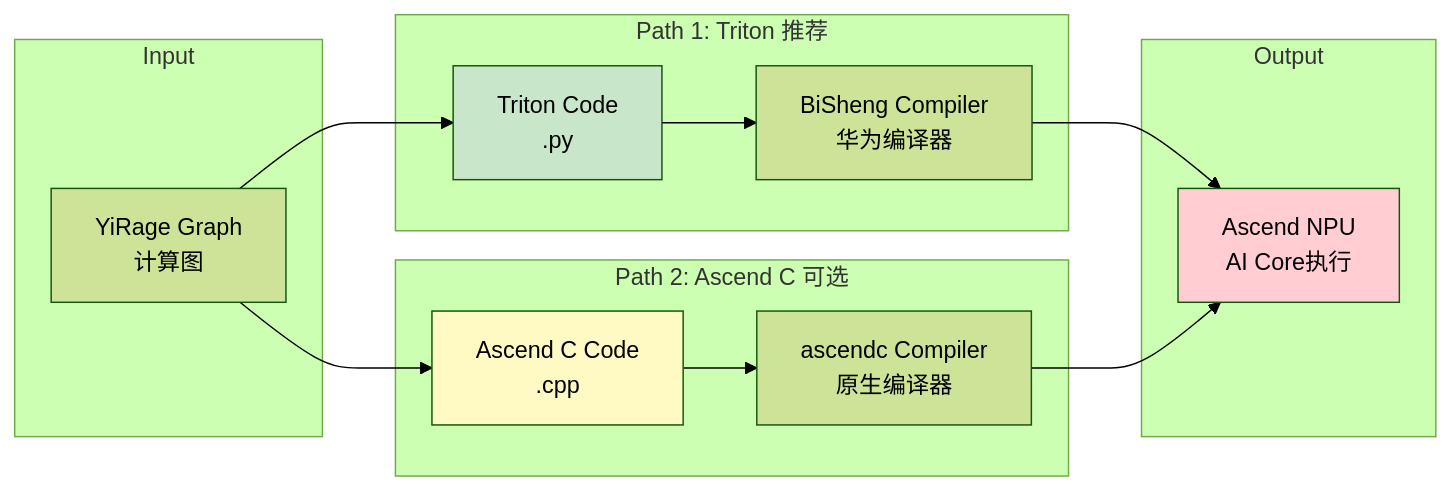
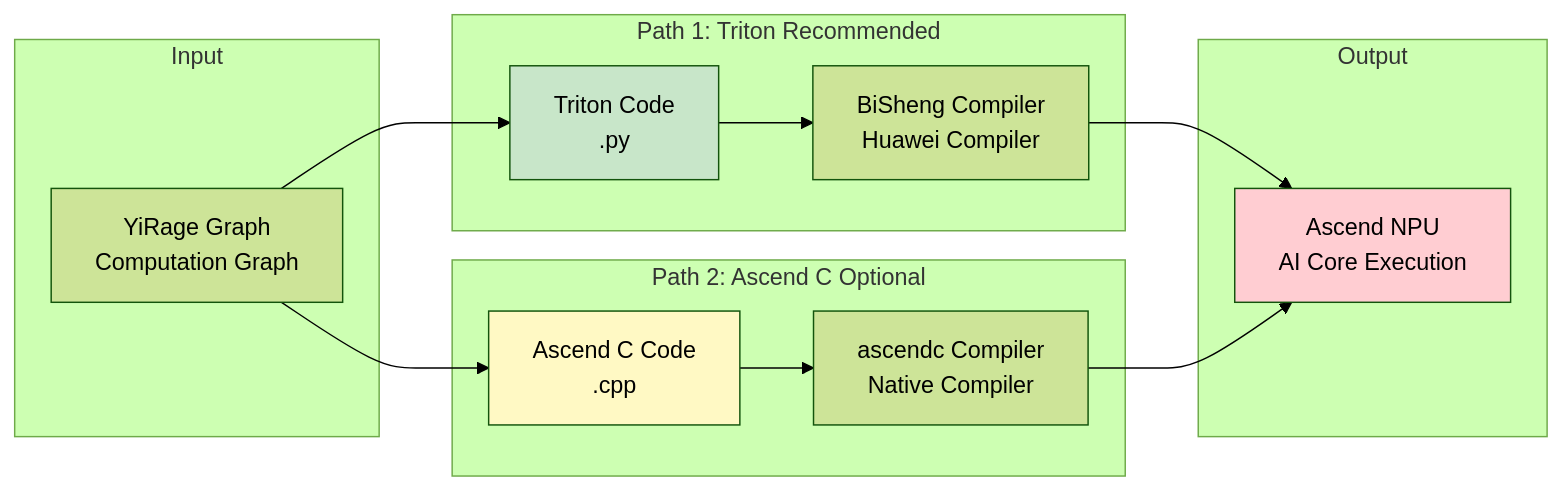
The first of 2 diagrams in docs/ascend_quick_start.md (chenxingqiang/YiRage), drawn with Mermaid (forest theme) before and after one commit. The commit also changed other lines of this file and 4 other files, not shown here.

````diff
--- a/docs/ascend_quick_start.md
+++ b/docs/ascend_quick_start.md
@@ -69,27 +69,27 @@
 ```mermaid
 flowchart LR
     subgraph "Input"
-        A[YiRage Graph<br/>计算图]
+        A[YiRage Graph<br/>Computation Graph]
     end
 
-    subgraph "Path 1: Triton 推荐"
+    subgraph "Path 1: Triton Recommended"
         B[Triton Code<br/>.py]
-        C[BiSheng Compiler<br/>华为编译器]
+        C[BiSheng Compiler<br/>Huawei Compiler]
     end
 
-    subgraph "Path 2: Ascend C 可选"
+    subgraph "Path 2: Ascend C Optional"
         D[Ascend C Code<br/>.cpp]
-        E[ascendc Compiler<br/>原生编译器]
+        E[ascendc Compiler<br/>Native Compiler]
     end
 
     subgraph "Output"
-        F[Ascend NPU<br/>AI Core执行]
+        F[Ascend NPU<br/>AI Core Execution]
     end
 
     A --> B --> C --> F
     A --> D --> E --> F
 
     style B fill:#c8e6c9
     style D fill:#fff9c4
     style F fill:#ffcdd2
 ```
````
